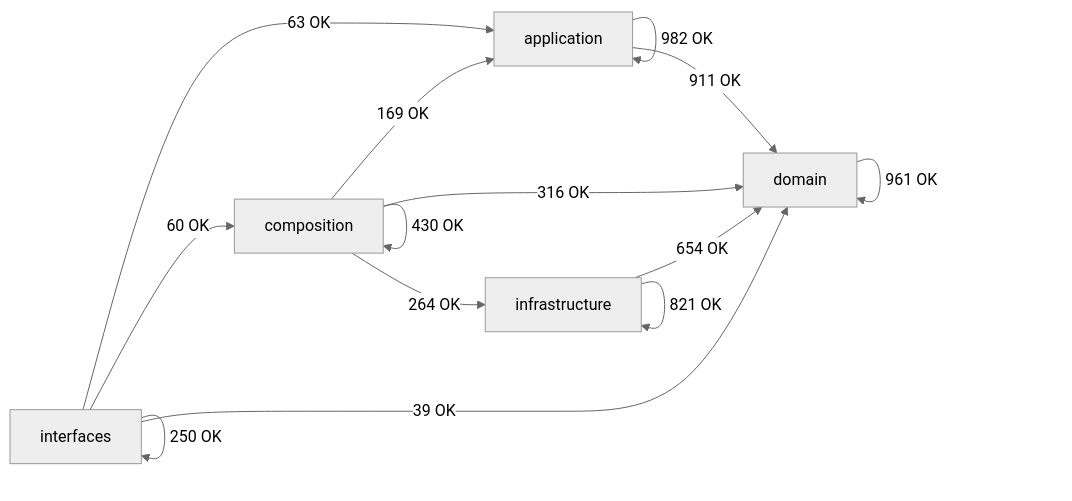
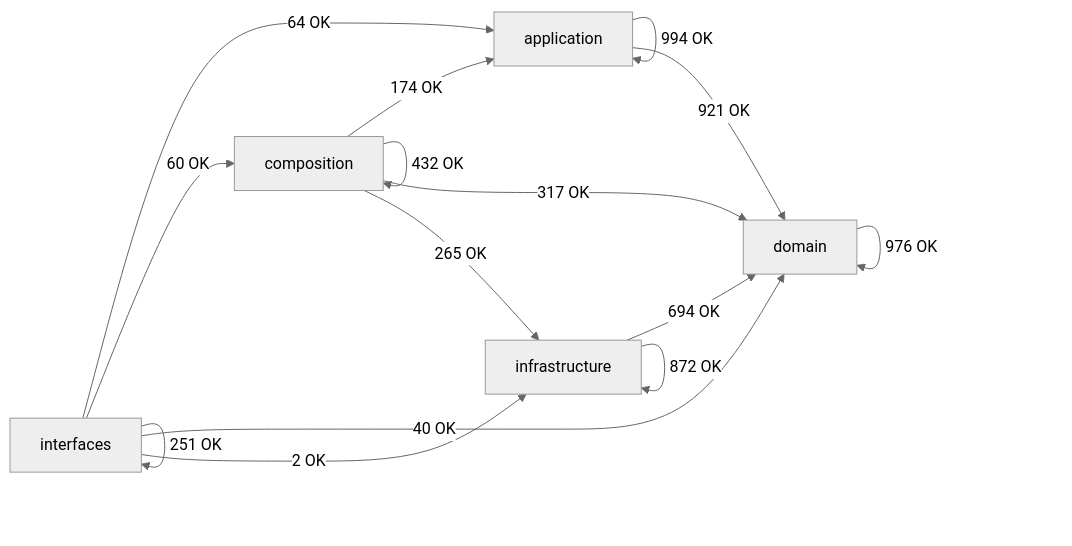
Before and after one commit to SatoryKono/BioactivityDataAcquisition: the diagram in docs/02-architecture/generated/module-dependency-map.md, drawn with Mermaid (neutral theme). The commit also changed other lines of this file and 12 other files, not shown here.

````diff
--- a/docs/02-architecture/generated/module-dependency-map.md
+++ b/docs/02-architecture/generated/module-dependency-map.md
@@ -17,21 +17,22 @@
 ```mermaid
 flowchart LR
     domain[domain]
     application[application]
     infrastructure[infrastructure]
     composition[composition]
     interfaces[interfaces]
-    application -->|982 OK| application
-    application -->|911 OK| domain
-    composition -->|169 OK| application
-    composition -->|430 OK| composition
-    composition -->|316 OK| domain
-    composition -->|264 OK| infrastructure
-    domain -->|961 OK| domain
-    infrastructure -->|654 OK| domain
-    infrastructure -->|821 OK| infrastructure
-    interfaces -->|63 OK| application
+    application -->|994 OK| application
+    application -->|921 OK| domain
+    composition -->|174 OK| application
+    composition -->|432 OK| composition
+    composition -->|317 OK| domain
+    composition -->|265 OK| infrastructure
+    domain -->|976 OK| domain
+    infrastructure -->|694 OK| domain
+    infrastructure -->|872 OK| infrastructure
+    interfaces -->|64 OK| application
     interfaces -->|60 OK| composition
-    interfaces -->|39 OK| domain
-    interfaces -->|250 OK| interfaces
+    interfaces -->|40 OK| domain
+    interfaces -->|2 OK| infrastructure
+    interfaces -->|251 OK| interfaces
 ```
````
